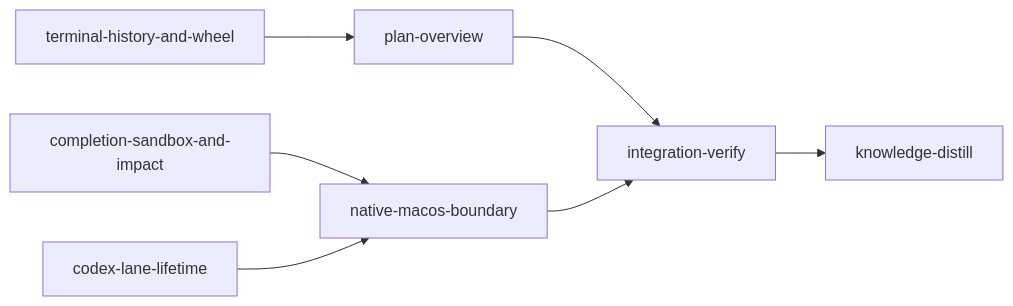
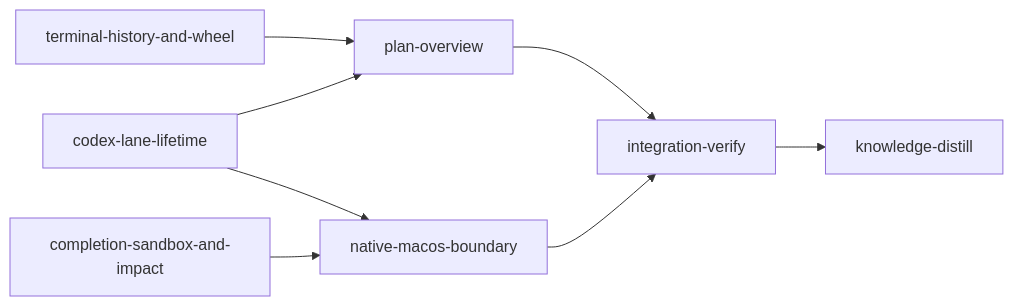
The diagram in doc/plans/PLAN-open-github-issues.md (cosmix/loom), drawn with Mermaid before and after one commit. The commit also changed other lines of this file, not shown here.

Commit message:
docs(plan): strengthen open GitHub issues execution contracts

````diff
--- a/doc/plans/PLAN-open-github-issues.md
+++ b/doc/plans/PLAN-open-github-issues.md
@@ -51,9 +36,10 @@
 ```mermaid
 graph LR
     terminal-history-and-wheel --> plan-overview
+    codex-lane-lifetime --> plan-overview
+    codex-lane-lifetime --> native-macos-boundary
     completion-sandbox-and-impact --> native-macos-boundary
-    codex-lane-lifetime --> native-macos-boundary
     plan-overview --> integration-verify
     native-macos-boundary --> integration-verify
     integration-verify --> knowledge-distill
 ```
````
